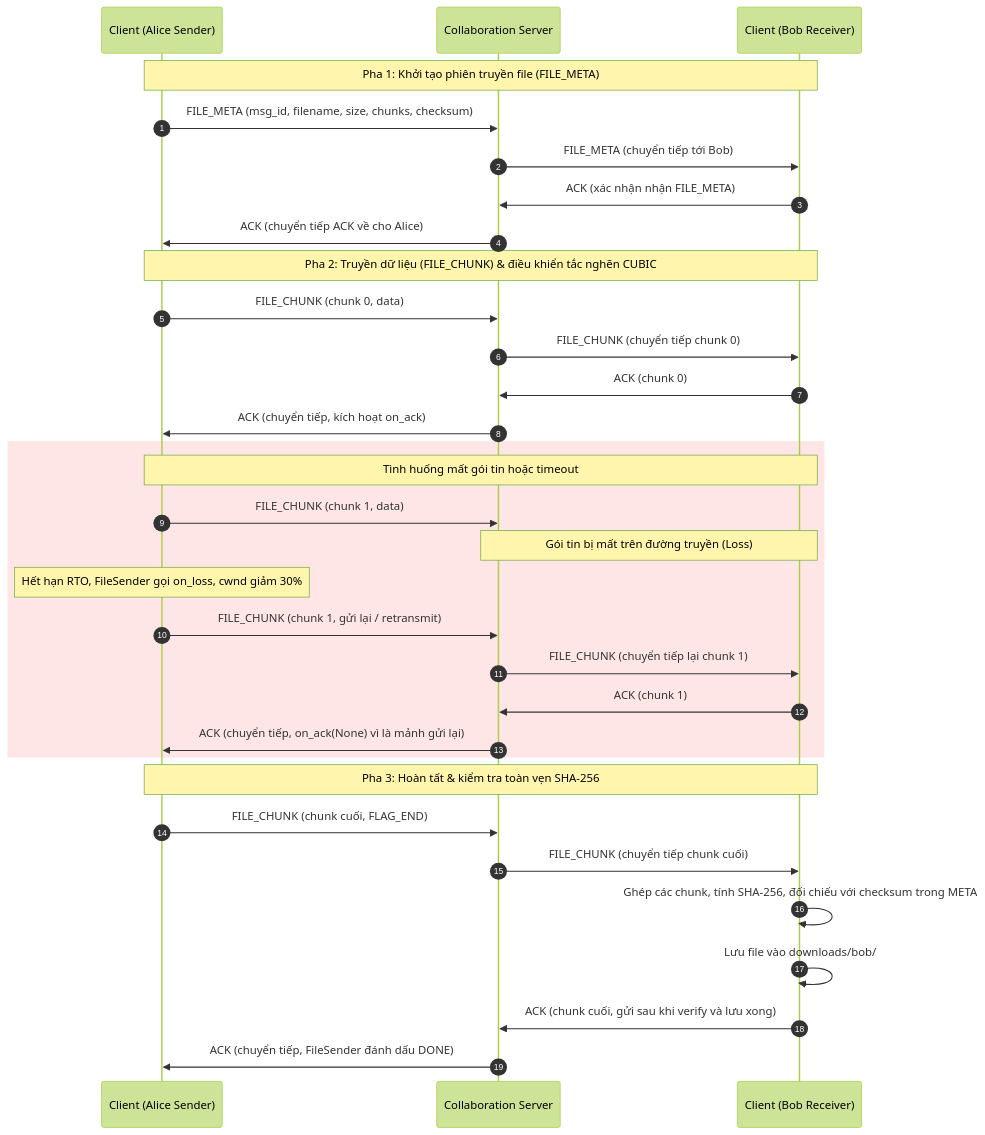
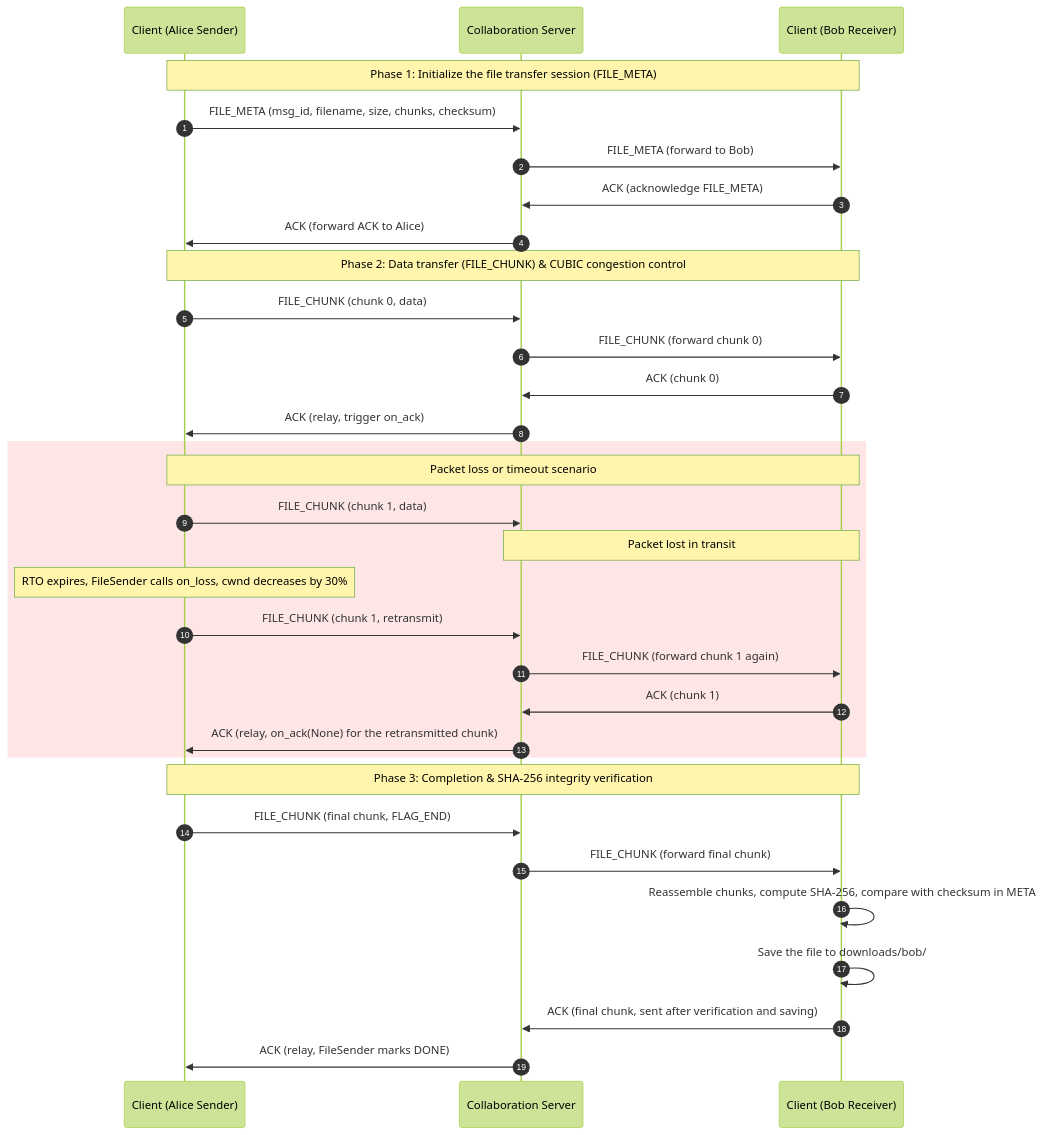
The ninth of 9 diagrams in docs/protocol.md (Smokiestfox/networking-app-assignment), drawn with Mermaid (forest theme) before and after one commit. The commit also changed other lines of this file and 1 other file, not shown here.

Commit message:
docs: compare assignment updates and translate protocol to English

````diff
--- a/docs/protocol.md
+++ b/docs/protocol.md
@@ -563,38 +563,38 @@
 ```mermaid
 sequenceDiagram
     autonumber
     participant Alice as Client (Alice Sender)
     participant Server as Collaboration Server
     participant Bob as Client (Bob Receiver)
 
-    Note over Alice, Bob: Pha 1: Khởi tạo phiên truyền file (FILE_META)
+    Note over Alice, Bob: Phase 1: Initialize the file transfer session (FILE_META)
     Alice->>Server: FILE_META (msg_id, filename, size, chunks, checksum)
-    Server->>Bob: FILE_META (chuyển tiếp tới Bob)
-    Bob->>Server: ACK (xác nhận nhận FILE_META)
-    Server->>Alice: ACK (chuyển tiếp ACK về cho Alice)
+    Server->>Bob: FILE_META (forward to Bob)
+    Bob->>Server: ACK (acknowledge FILE_META)
+    Server->>Alice: ACK (forward ACK to Alice)
 
-    Note over Alice, Bob: Pha 2: Truyền dữ liệu (FILE_CHUNK) & điều khiển tắc nghẽn CUBIC
+    Note over Alice, Bob: Phase 2: Data transfer (FILE_CHUNK) & CUBIC congestion control
     Alice->>Server: FILE_CHUNK (chunk 0, data)
-    Server->>Bob: FILE_CHUNK (chuyển tiếp chunk 0)
+    Server->>Bob: FILE_CHUNK (forward chunk 0)
     Bob->>Server: ACK (chunk 0)
-    Server->>Alice: ACK (chuyển tiếp, kích hoạt on_ack)
+    Server->>Alice: ACK (relay, trigger on_ack)
 
     rect rgb(255, 230, 230)
-        Note over Alice, Bob: Tình huống mất gói tin hoặc timeout
+        Note over Alice, Bob: Packet loss or timeout scenario
         Alice->>Server: FILE_CHUNK (chunk 1, data)
-        Note over Server, Bob: Gói tin bị mất trên đường truyền (Loss)
-        Note over Alice: Hết hạn RTO, FileSender gọi on_loss, cwnd giảm 30%
-        Alice->>Server: FILE_CHUNK (chunk 1, gửi lại / retransmit)
-        Server->>Bob: FILE_CHUNK (chuyển tiếp lại chunk 1)
+        Note over Server, Bob: Packet lost in transit
+        Note over Alice: RTO expires, FileSender calls on_loss, cwnd decreases by 30%
+        Alice->>Server: FILE_CHUNK (chunk 1, retransmit)
+        Server->>Bob: FILE_CHUNK (forward chunk 1 again)
         Bob->>Server: ACK (chunk 1)
-        Server->>Alice: ACK (chuyển tiếp, on_ack(None) vì là mảnh gửi lại)
+        Server->>Alice: ACK (relay, on_ack(None) for the retransmitted chunk)
     end
 
-    Note over Alice, Bob: Pha 3: Hoàn tất & kiểm tra toàn vẹn SHA-256
-    Alice->>Server: FILE_CHUNK (chunk cuối, FLAG_END)
-    Server->>Bob: FILE_CHUNK (chuyển tiếp chunk cuối)
-    Bob->>Bob: Ghép các chunk, tính SHA-256, đối chiếu với checksum trong META
-    Bob->>Bob: Lưu file vào downloads/bob/
-    Bob->>Server: ACK (chunk cuối, gửi sau khi verify và lưu xong)
-    Server->>Alice: ACK (chuyển tiếp, FileSender đánh dấu DONE)
+    Note over Alice, Bob: Phase 3: Completion & SHA-256 integrity verification
+    Alice->>Server: FILE_CHUNK (final chunk, FLAG_END)
+    Server->>Bob: FILE_CHUNK (forward final chunk)
+    Bob->>Bob: Reassemble chunks, compute SHA-256, compare with checksum in META
+    Bob->>Bob: Save the file to downloads/bob/
+    Bob->>Server: ACK (final chunk, sent after verification and saving)
+    Server->>Alice: ACK (relay, FileSender marks DONE)
 ```
````
